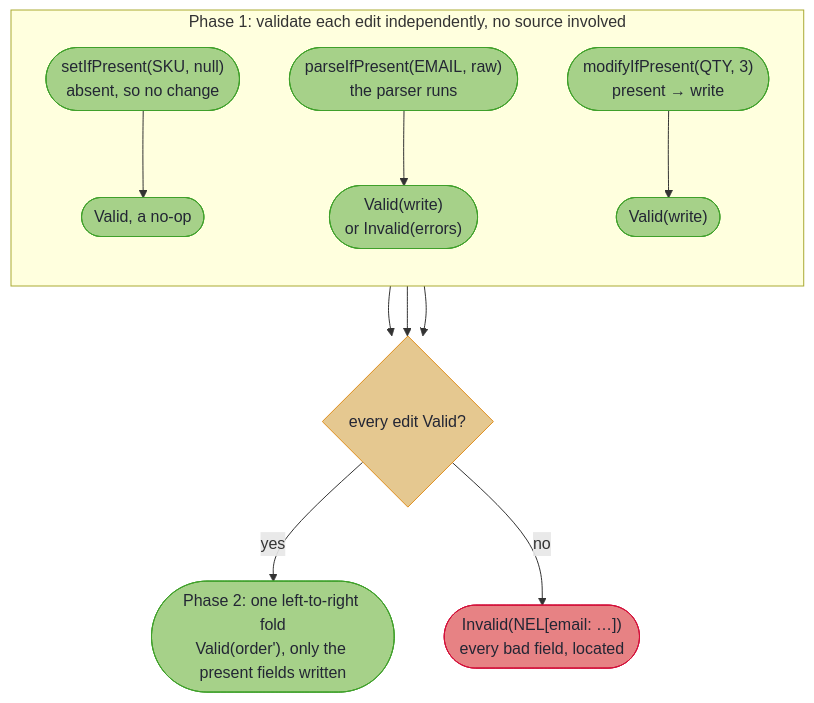
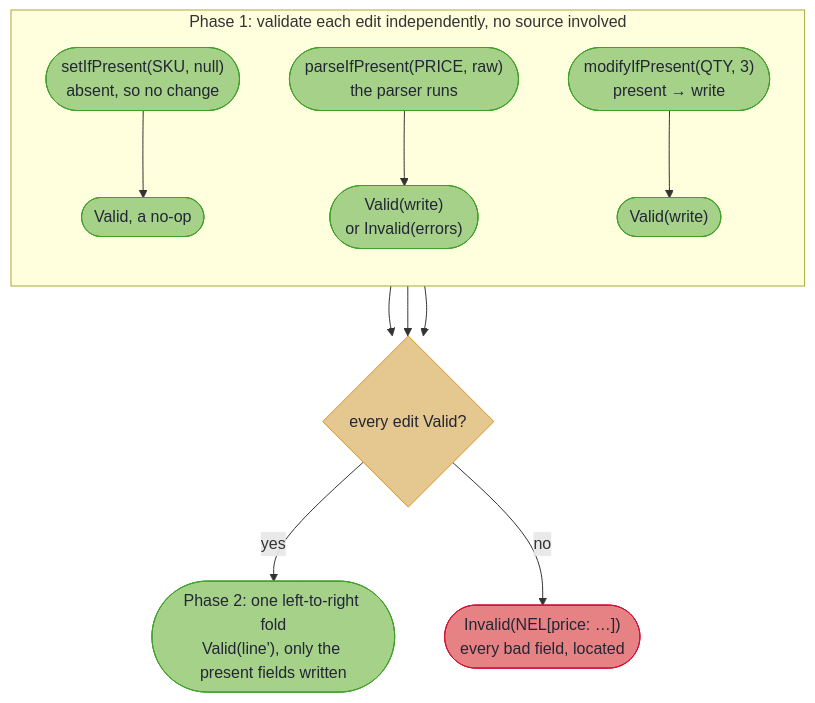
One commit to higher-kinded-j/higher-kinded-j changed the third of 4 diagrams in hkj-book/src/optics/multi_edit.md. Above: the diagram before and after it, drawn with Mermaid. The commit also changed other lines of this file and 45 other files, not shown here.

````diff
--- a/hkj-book/src/optics/multi_edit.md
+++ b/hkj-book/src/optics/multi_edit.md
@@ -153,23 +151,23 @@
 ```mermaid
 flowchart TD
     accTitle: Validate everything, then write once
-    accDescr: In phase 1 each edit is checked on its own, with no source: an absent SKU is a valid no-op, the email is parsed, and a present quantity delta is a valid write. If every edit is valid, phase 2 runs the writes as one left-to-right fold; otherwise the result is Invalid with every bad field located.
+    accDescr: In phase 1 each edit is checked on its own, with no source: an absent SKU is a valid no-op, the price is parsed, and a present quantity delta is a valid write. If every edit is valid, phase 2 runs the writes as one left-to-right fold; otherwise the result is Invalid with every bad field located.
     subgraph one["Phase 1: validate each edit independently, no source involved"]
         direction TB
         S1(["setIfPresent(SKU, null)<br/>absent, so no change"]) --> V1(["Valid, a no-op"])
-        S2(["parseIfPresent(EMAIL, raw)<br/>the parser runs"]) --> V2(["Valid(write)<br/>or Invalid(errors)"])
+        S2(["parseIfPresent(PRICE, raw)<br/>the parser runs"]) --> V2(["Valid(write)<br/>or Invalid(errors)"])
         S3(["modifyIfPresent(QTY, 3)<br/>present → write"]) --> V3(["Valid(write)"])
     end
     V1 --> Q{"every edit Valid?"}
     V2 --> Q
     V3 --> Q
-    Q -->|"yes"| Ok(["Phase 2: one left-to-right fold<br/>Valid(order'), only the present fields written"])
-    Q -->|"no"| Bad(["Invalid(NEL[email: …])<br/>every bad field, located"])
+    Q -->|"yes"| Ok(["Phase 2: one left-to-right fold<br/>Valid(line'), only the present fields written"])
+    Q -->|"no"| Bad(["Invalid(NEL[price: …])<br/>every bad field, located"])
 
     classDef tier fill:#a6d189,stroke:#40a02b,color:#232634
     classDef decision fill:#e5c890,stroke:#df8e1d,color:#232634
     classDef bad fill:#e78284,stroke:#d20f39,color:#232634
     class S1,S2,S3,V1,V2,V3,Ok tier
     class Q decision
     class Bad bad
 ```
````
